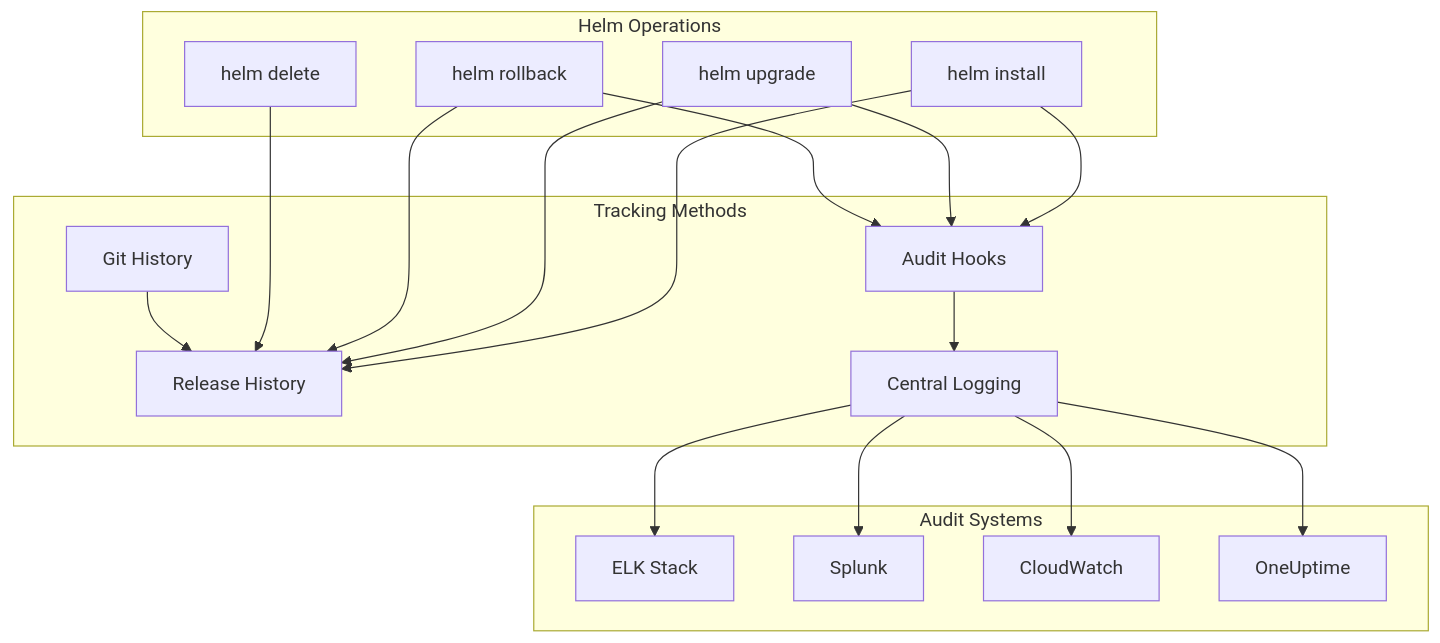
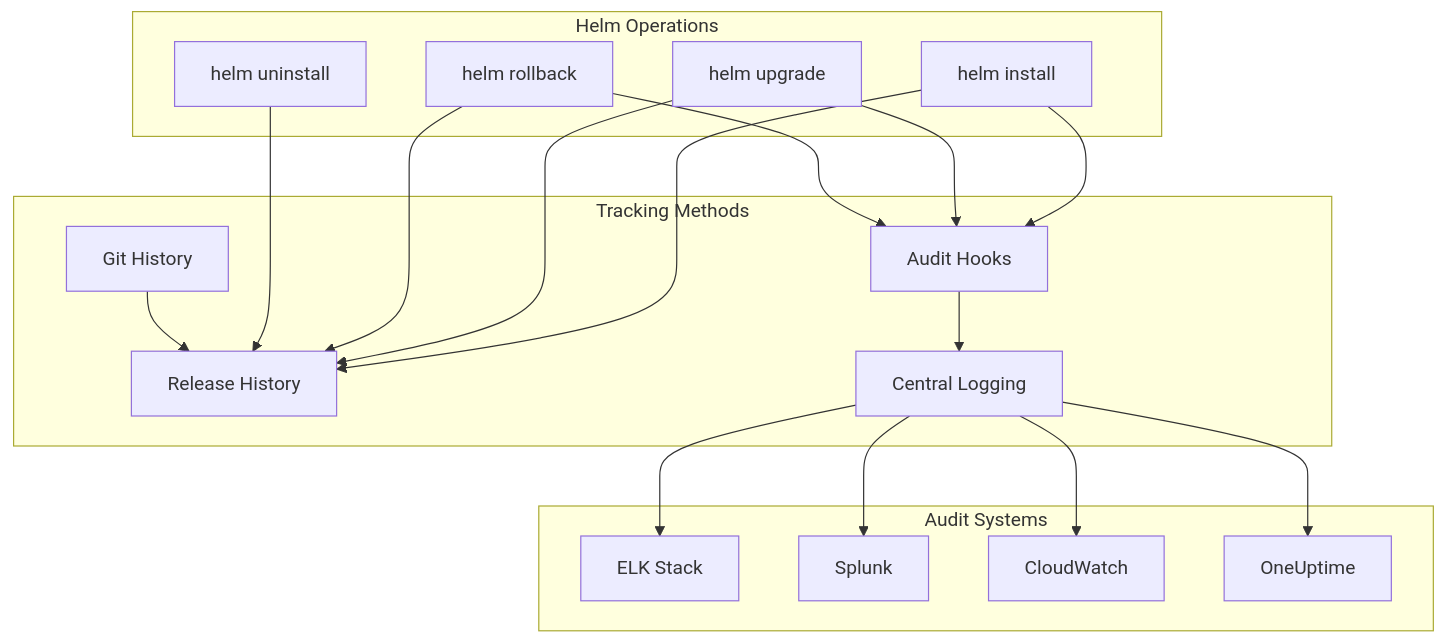
One commit to OneUptime/blog changed the diagram in posts/2026-01-17-helm-track-release-changes-audit/README.md. Above: the diagram before and after it, drawn with Mermaid. The commit also changed other lines of this file and 2 other files, not shown here.

Commit message:
validate: 2026-01-17-helm-track-release-changes-audit

````diff
--- a/posts/2026-01-17-helm-track-release-changes-audit/README.md
+++ b/posts/2026-01-17-helm-track-release-changes-audit/README.md
@@ -13,40 +13,40 @@
 ```mermaid
 flowchart TB
   subgraph "Helm Operations"
     install[helm install]
     upgrade[helm upgrade]
     rollback[helm rollback]
-    delete[helm delete]
+    delete[helm uninstall]
   end
   
   subgraph "Tracking Methods"
     history[Release History]
     hooks[Audit Hooks]
     logging[Central Logging]
     gitops[Git History]
   end
   
   subgraph "Audit Systems"
     elk[ELK Stack]
     splunk[Splunk]
     cloudwatch[CloudWatch]
     oneuptime[OneUptime]
   end
   
   install --> history
   upgrade --> history
   rollback --> history
   delete --> history
   
   install --> hooks
   upgrade --> hooks
   rollback --> hooks
   
   hooks --> logging
   logging --> elk
   logging --> splunk
   logging --> cloudwatch
   logging --> oneuptime
   
   gitops --> history
 ```
````
